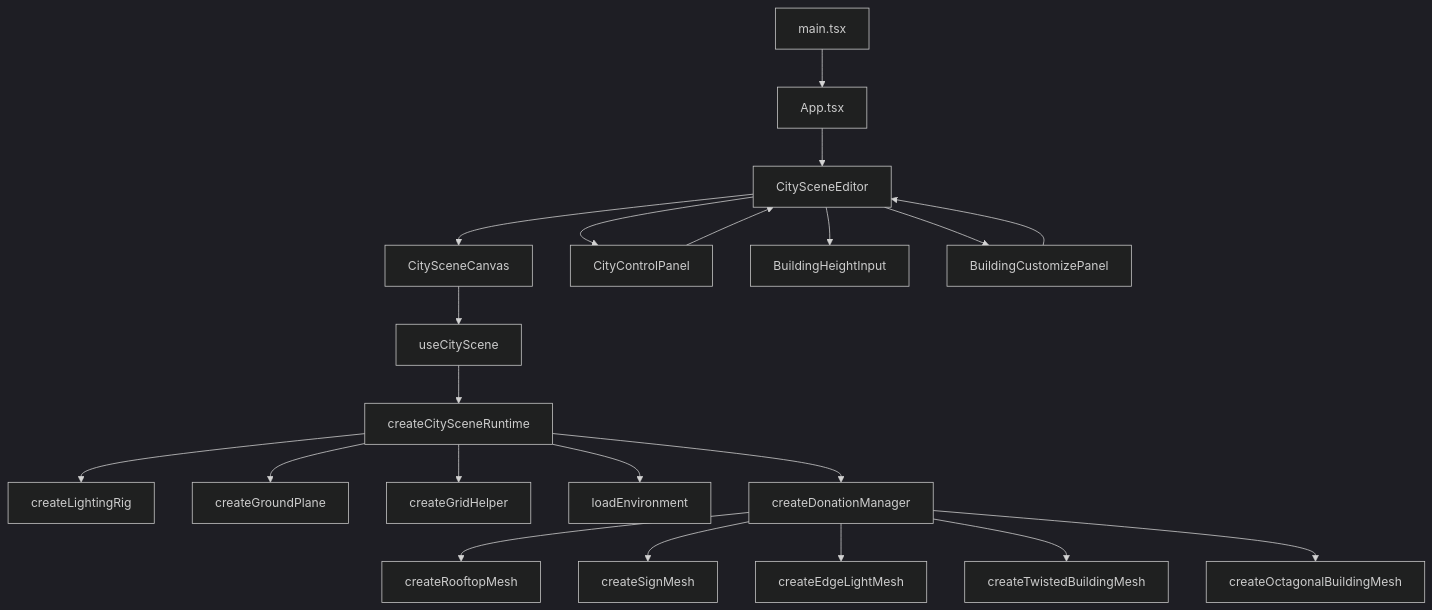
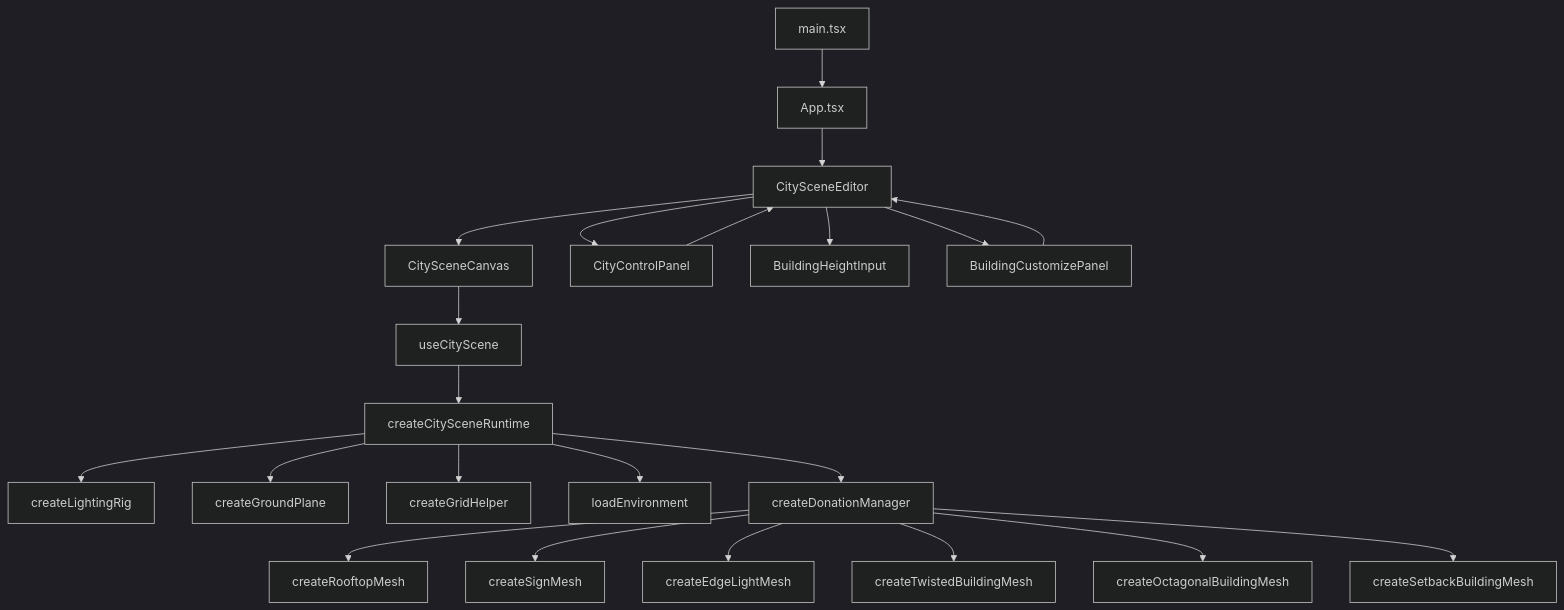
The first of 2 diagrams in doc-pixcity/index.md (RaeII/pixcity), drawn with Mermaid (dark theme) before and after one commit. The commit also changed other lines of this file and 10 other files, not shown here.

````diff
--- a/doc-pixcity/index.md
+++ b/doc-pixcity/index.md
@@ -159,23 +160,24 @@
 ```mermaid
 flowchart TD
     A[main.tsx] --> B[App.tsx]
     B --> C[CitySceneEditor]
     C --> D[CitySceneCanvas]
     C --> E[CityControlPanel]
     C --> F[BuildingHeightInput]
     C --> P[BuildingCustomizePanel]
     D --> G[useCityScene]
     G --> H[createCitySceneRuntime]
     H --> I[createLightingRig]
     H --> J[createGroundPlane]
     H --> K[createGridHelper]
     H --> L[loadEnvironment]
     H --> M[createDonationManager]
     M --> N[createRooftopMesh]
     M --> O[createSignMesh]
     M --> Q[createEdgeLightMesh]
     M --> T[createTwistedBuildingMesh]
     M --> U[createOctagonalBuildingMesh]
+    M --> V[createSetbackBuildingMesh]
     E --> C
     P --> C
 ```
````
